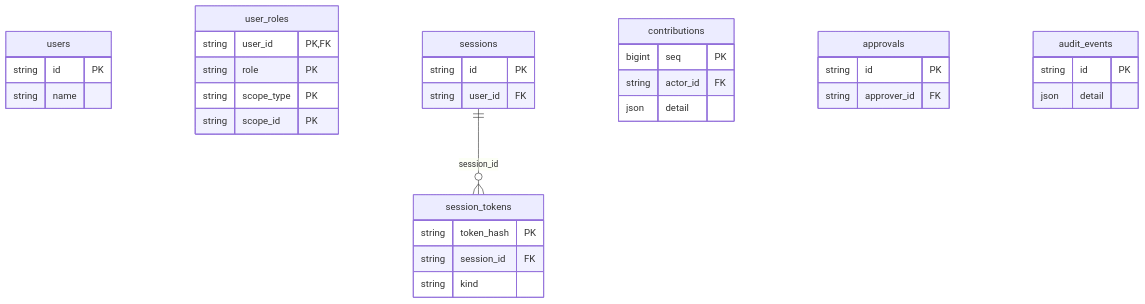
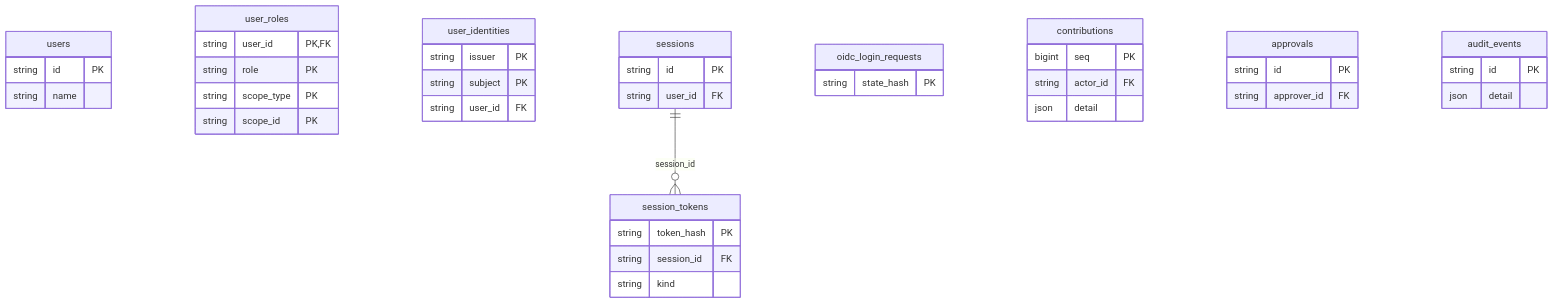
Before and after one commit to jayendukumar/agentify: the seventh of 8 diagrams in docs/wiki/Data-Model.md, drawn with Mermaid. The commit also changed other lines of this file and 37 other files, not shown here.

````diff
--- a/docs/wiki/Data-Model.md
+++ b/docs/wiki/Data-Model.md
@@ -501,36 +501,44 @@
 ```mermaid
 erDiagram
     users {
         string id PK
         string name
     }
     user_roles {
         string user_id PK,FK
         string role PK
         string scope_type PK
         string scope_id PK
     }
+    user_identities {
+        string issuer PK
+        string subject PK
+        string user_id FK
+    }
     sessions {
         string id PK
         string user_id FK
     }
     session_tokens {
         string token_hash PK
         string session_id FK
         string kind
+    }
+    oidc_login_requests {
+        string state_hash PK
     }
     contributions {
         bigint seq PK
         string actor_id FK
         json detail
     }
     approvals {
         string id PK
         string approver_id FK
     }
     audit_events {
         string id PK
         json detail
     }
     sessions ||--o{ session_tokens : "session_id"
 ```
````
